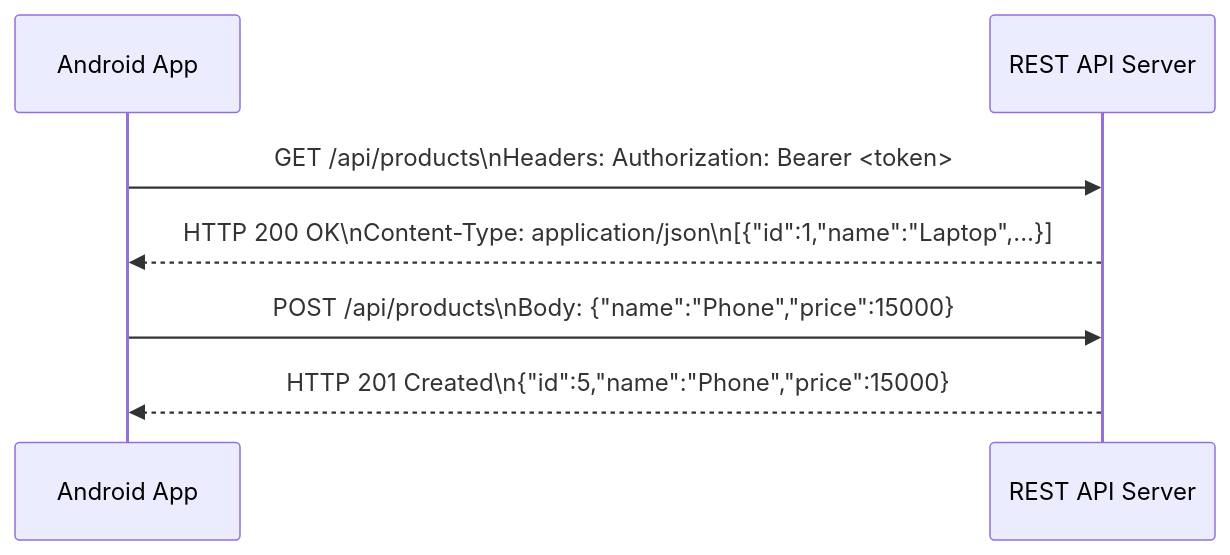
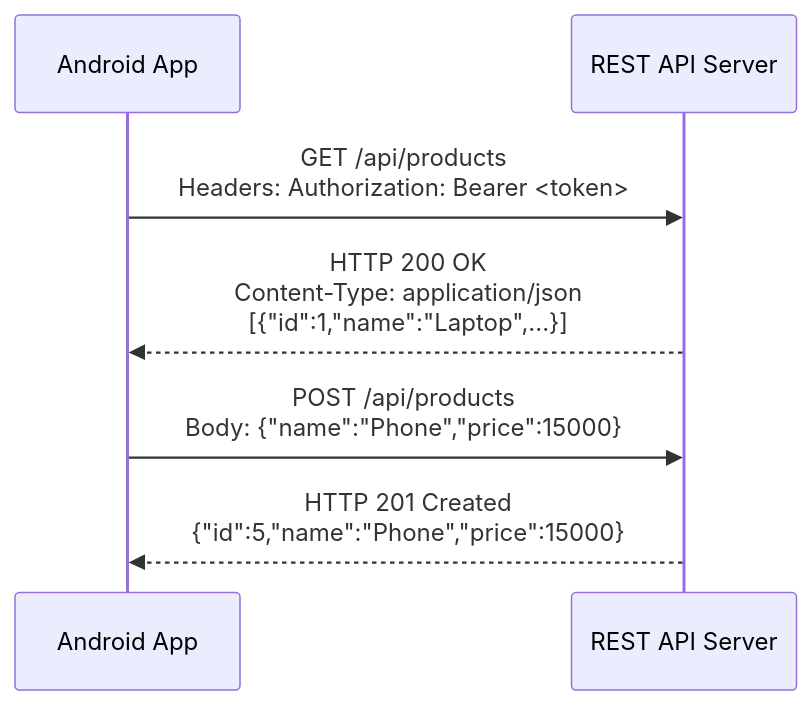
The second of 2 diagrams in 02-Semester-VI/CS-357-MJ-T-Android-Programming/Unit-4.md (amitdevx/TY), drawn with Mermaid before and after one commit. The commit also changed other lines of this file and 186 other files, not shown here.

````diff
--- a/02-Semester-VI/CS-357-MJ-T-Android-Programming/Unit-4.md
+++ b/02-Semester-VI/CS-357-MJ-T-Android-Programming/Unit-4.md
@@ -75,11 +78,11 @@
 ```mermaid
 sequenceDiagram
     participant App as Android App
     participant Server as REST API Server
     
-    App->>Server: GET /api/products\nHeaders: Authorization: Bearer <token>
-    Server-->>App: HTTP 200 OK\nContent-Type: application/json\n[{"id":1,"name":"Laptop",...}]
+    App->>Server: GET /api/products<br/>Headers: Authorization: Bearer <token>
+    Server-->>App: HTTP 200 OK<br/>Content-Type: application/json<br/>[{"id":1,"name":"Laptop",...}]
     
-    App->>Server: POST /api/products\nBody: {"name":"Phone","price":15000}
-    Server-->>App: HTTP 201 Created\n{"id":5,"name":"Phone","price":15000}
+    App->>Server: POST /api/products<br/>Body: {"name":"Phone","price":15000}
+    Server-->>App: HTTP 201 Created<br/>{"id":5,"name":"Phone","price":15000}
 ```
````
